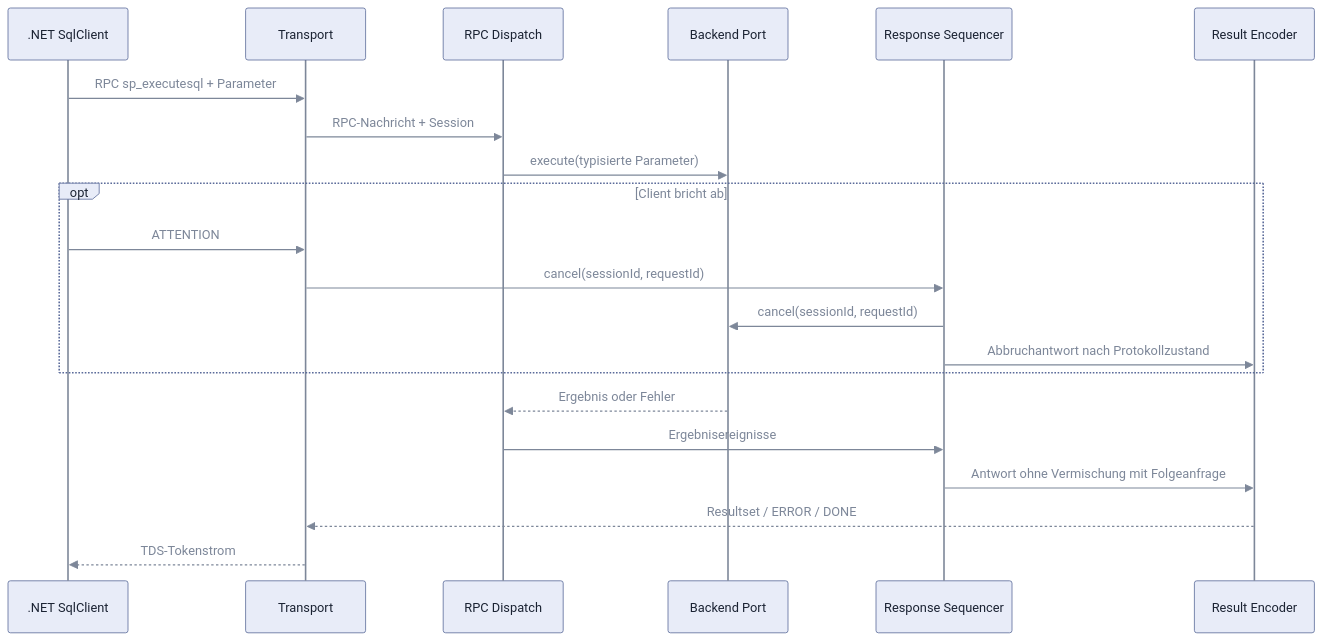
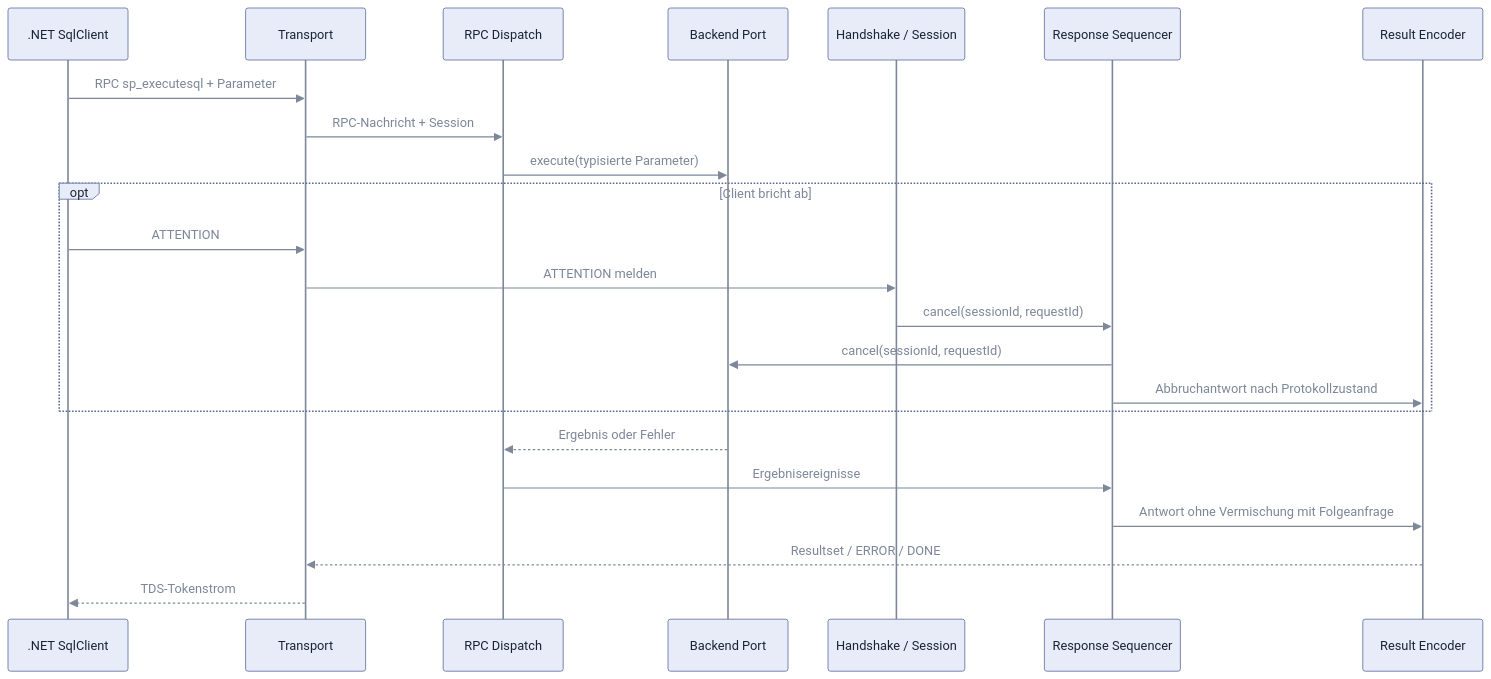
The fourth of 5 diagrams in spec/architecture.md (pt9912/tdswire), drawn with Mermaid before and after one commit. The commit also changed other lines of this file and 7 other files, not shown here.

````diff
--- a/spec/architecture.md
+++ b/spec/architecture.md
@@ -151,24 +151,26 @@
 ```mermaid
 %%{init: {'theme': 'base', 'themeVariables': {'lineColor': '#7d8799', 'primaryColor': '#e8ecf8', 'primaryTextColor': '#1b2333', 'primaryBorderColor': '#5b6b9a', 'actorBkg': '#e8ecf8', 'actorBorder': '#5b6b9a', 'actorTextColor': '#1b2333', 'actorLineColor': '#7d8799', 'signalColor': '#7d8799', 'signalTextColor': '#7d8799', 'labelBoxBkgColor': '#e8ecf8', 'labelBoxBorderColor': '#5b6b9a', 'labelTextColor': '#1b2333', 'loopTextColor': '#7d8799', 'noteBkgColor': '#e8ecf8', 'noteTextColor': '#1b2333', 'noteBorderColor': '#5b6b9a'}}}%%
 sequenceDiagram
     participant C as .NET SqlClient
     participant T as Transport
     participant D as RPC Dispatch
     participant B as Backend Port
+    participant S as Handshake / Session
     participant Q as Response Sequencer
     participant E as Result Encoder
     C->>T: RPC sp_executesql + Parameter
     T->>D: RPC-Nachricht + Session
     D->>B: execute(typisierte Parameter)
     opt Client bricht ab
         C->>T: ATTENTION
-        T->>Q: cancel(sessionId, requestId)
+        T->>S: ATTENTION melden
+        S->>Q: cancel(sessionId, requestId)
         Q->>B: cancel(sessionId, requestId)
         Q->>E: Abbruchantwort nach Protokollzustand
     end
     B-->>D: Ergebnis oder Fehler
     D->>Q: Ergebnisereignisse
     Q->>E: Antwort ohne Vermischung mit Folgeanfrage
     E-->>T: Resultset / ERROR / DONE
     T-->>C: TDS-Tokenstrom
 ```
````
